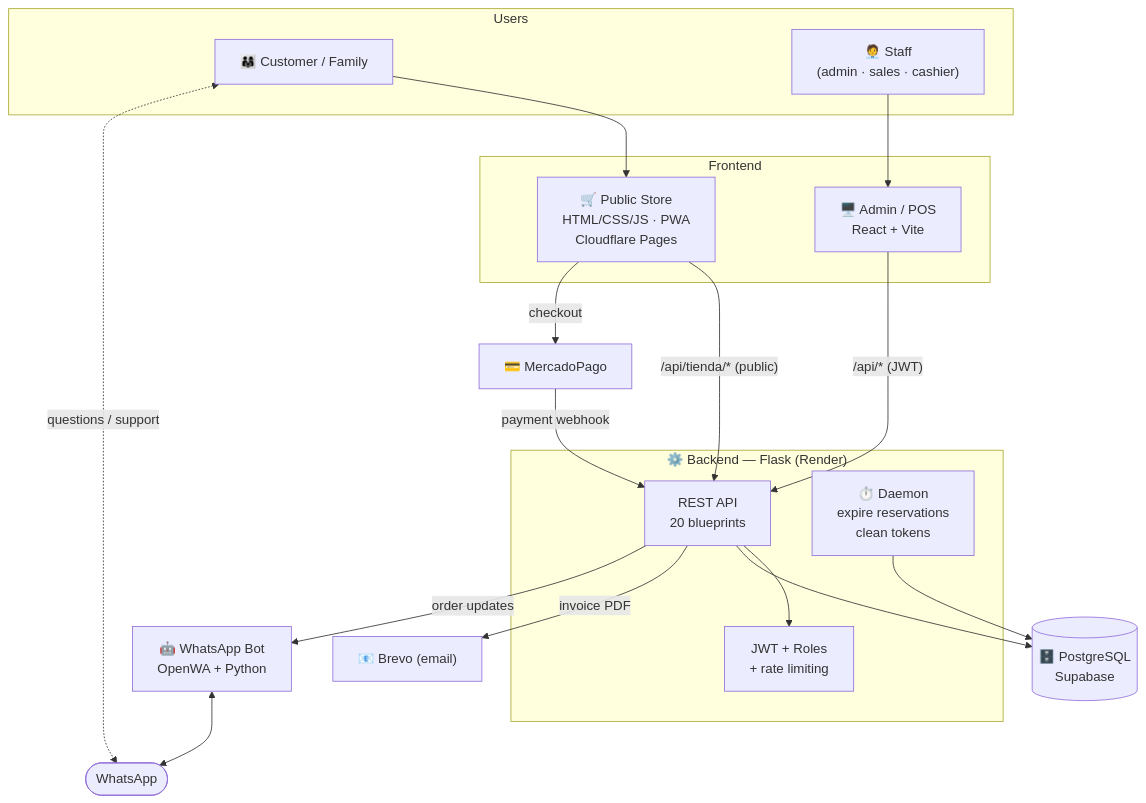
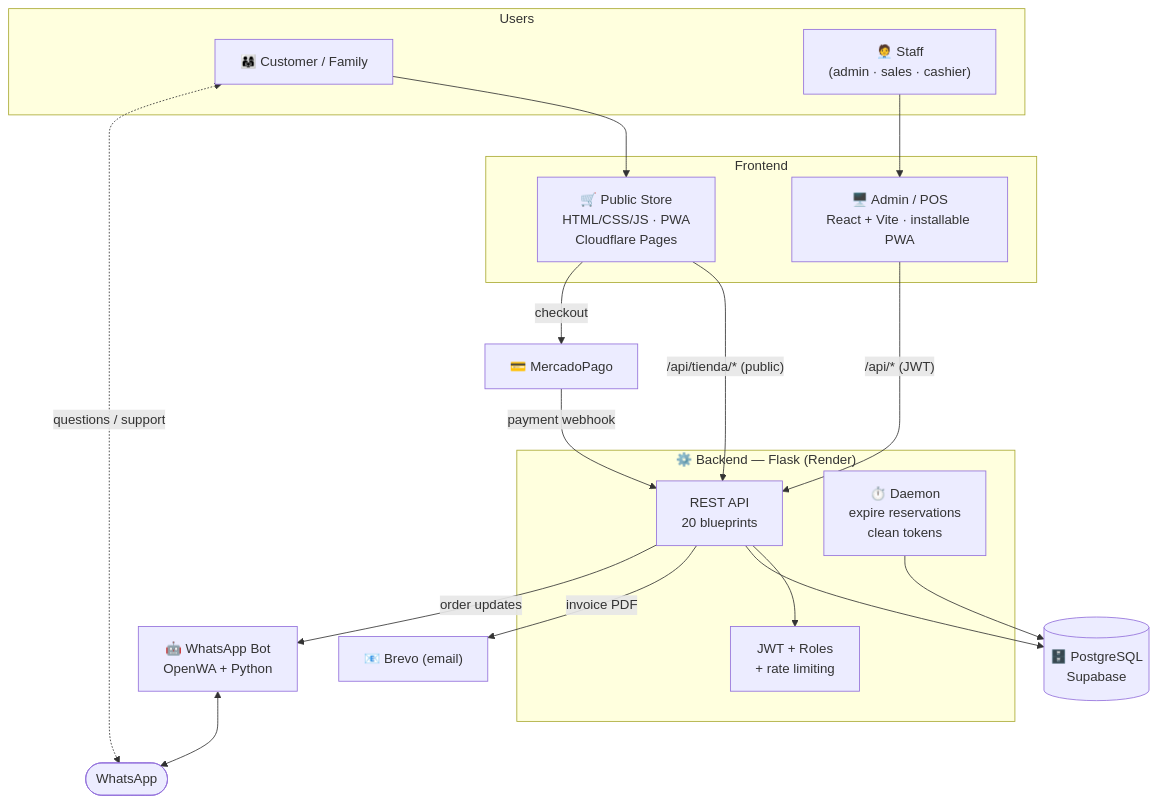
The first of 5 diagrams in docs/ARCHITECTURE.md (Pato214151/raloz-web-public), drawn with Mermaid before and after one commit. The commit also changed other lines of this file and 2 other files, not shown here.

First line of the commit message:
docs: documentar PWA del panel y ticket térmico 80mm (SAT Q22)

````diff
--- a/docs/ARCHITECTURE.md
+++ b/docs/ARCHITECTURE.md
@@ -42,38 +42,38 @@
 ```mermaid
 flowchart TB
     subgraph Users
         C1["👨‍👩‍👧 Customer / Family"]
         C2["🧑‍💼 Staff<br/>(admin · sales · cashier)"]
     end
 
     subgraph Frontend
         Store["🛒 Public Store<br/>HTML/CSS/JS · PWA<br/>Cloudflare Pages"]
-        Admin["🖥️ Admin / POS<br/>React + Vite"]
+        Admin["🖥️ Admin / POS<br/>React + Vite · installable PWA"]
     end
 
     subgraph Backend["⚙️ Backend — Flask (Render)"]
         API["REST API<br/>20 blueprints"]
         Auth["JWT + Roles<br/>+ rate limiting"]
         Jobs["⏱️ Daemon<br/>expire reservations<br/>clean tokens"]
     end
 
     DB[("🗄️ PostgreSQL<br/>Supabase")]
     MP["💳 MercadoPago"]
     Mail["📧 Brevo (email)"]
     Bot["🤖 WhatsApp Bot<br/>OpenWA + Python"]
     WA(["WhatsApp"])
 
     C1 --> Store
     C2 --> Admin
     Store -->|"/api/tienda/* (public)"| API
     Admin -->|"/api/* (JWT)"| API
     API --> Auth
     API --> DB
     Jobs --> DB
     Store -->|"checkout"| MP
     MP -->|"payment webhook"| API
     API -->|"invoice PDF"| Mail
     API -->|"order updates"| Bot
     Bot <--> WA
     C1 <-.->|"questions / support"| WA
 ```
````
